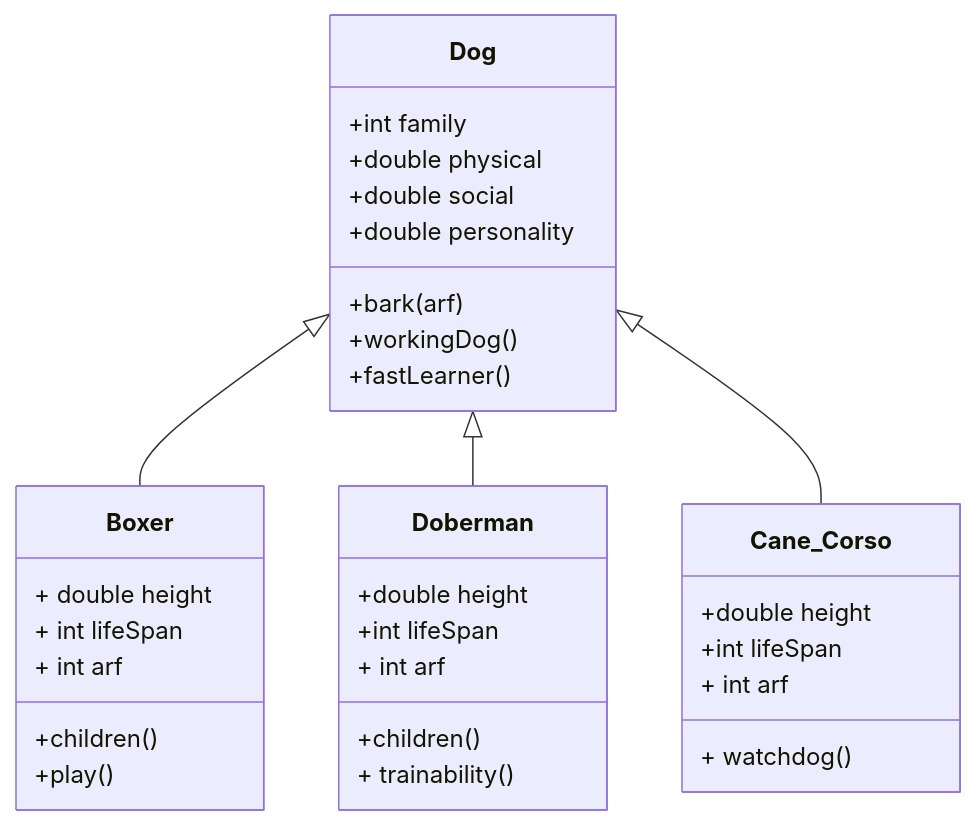
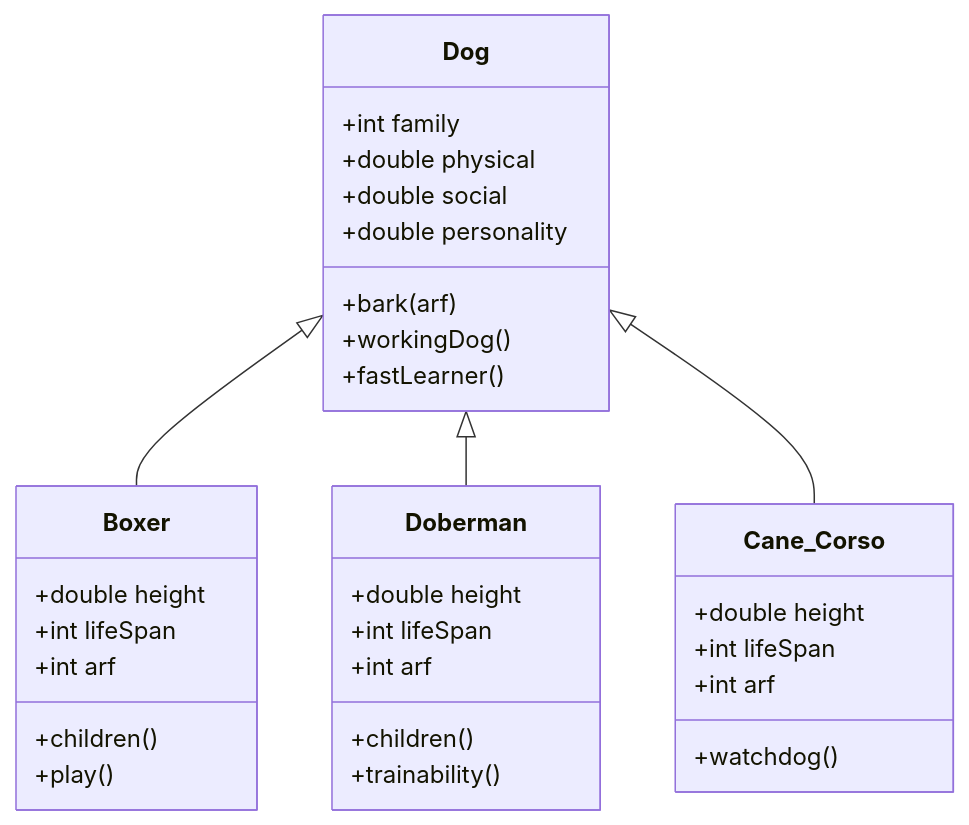
One commit to AP-CSA-JAVA/CSA_JAVA-Course changed the diagram in source/Chapter_1/Unit1.md. Above: the diagram before and after it, drawn with Mermaid.

````diff
--- a/source/Chapter_1/Unit1.md
+++ b/source/Chapter_1/Unit1.md
@@ -24,36 +24,36 @@
 ```mermaid
 
 classDiagram
     Dog <|-- Boxer
     Dog <|-- Doberman
     Dog <|-- Cane_Corso
     Dog : +int family
     Dog : +double physical
     Dog : +double social
     Dog : +double personality
     Dog: +bark(arf)
     Dog: +workingDog()
     Dog: +fastLearner()
     
     class Boxer{
-      + double height
-      + int lifeSpan
-      + int arf
+      +double height
+      +int lifeSpan
+      +int arf
       +children()
       +play()
     }
     class Doberman{
       +double height
       +int lifeSpan
-      + int arf
+      +int arf
       +children()
-      + trainability()
+      +trainability()
     }
     class Cane_Corso{
       +double height
       +int lifeSpan
-      + int arf
-      + watchdog()
+      +int arf
+      +watchdog()
     }
     
 ```
````
